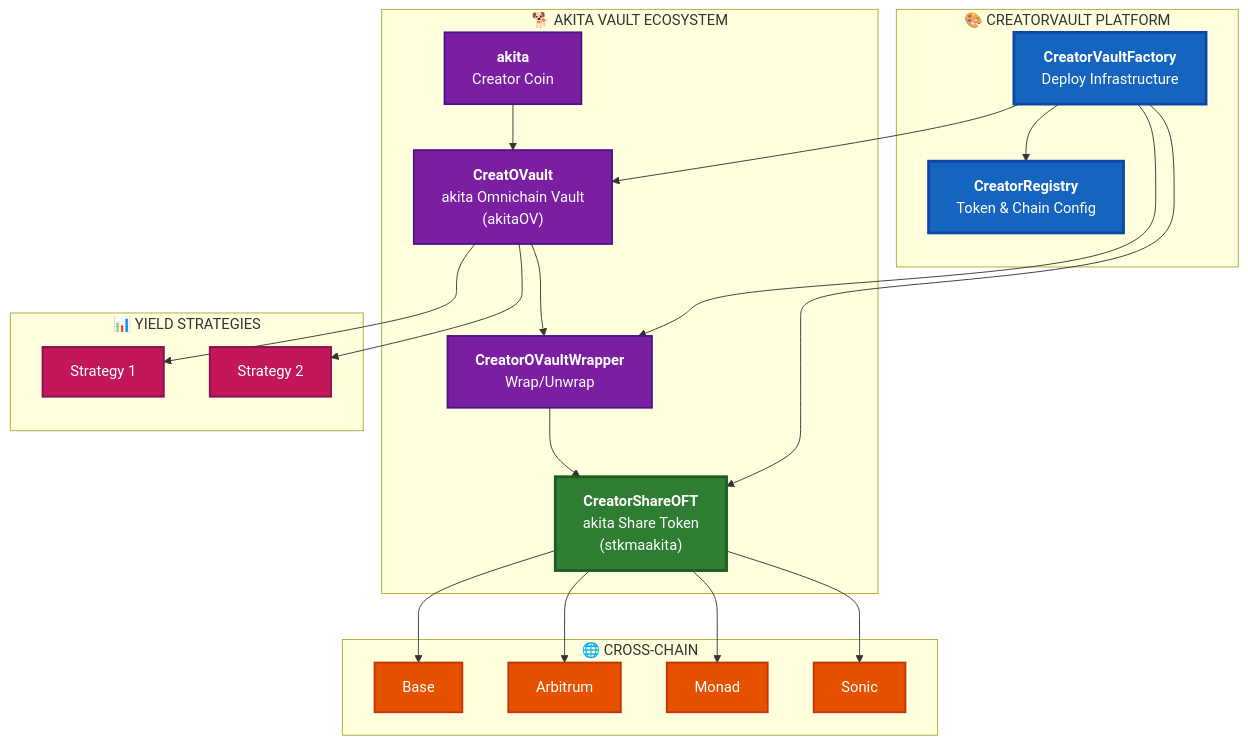
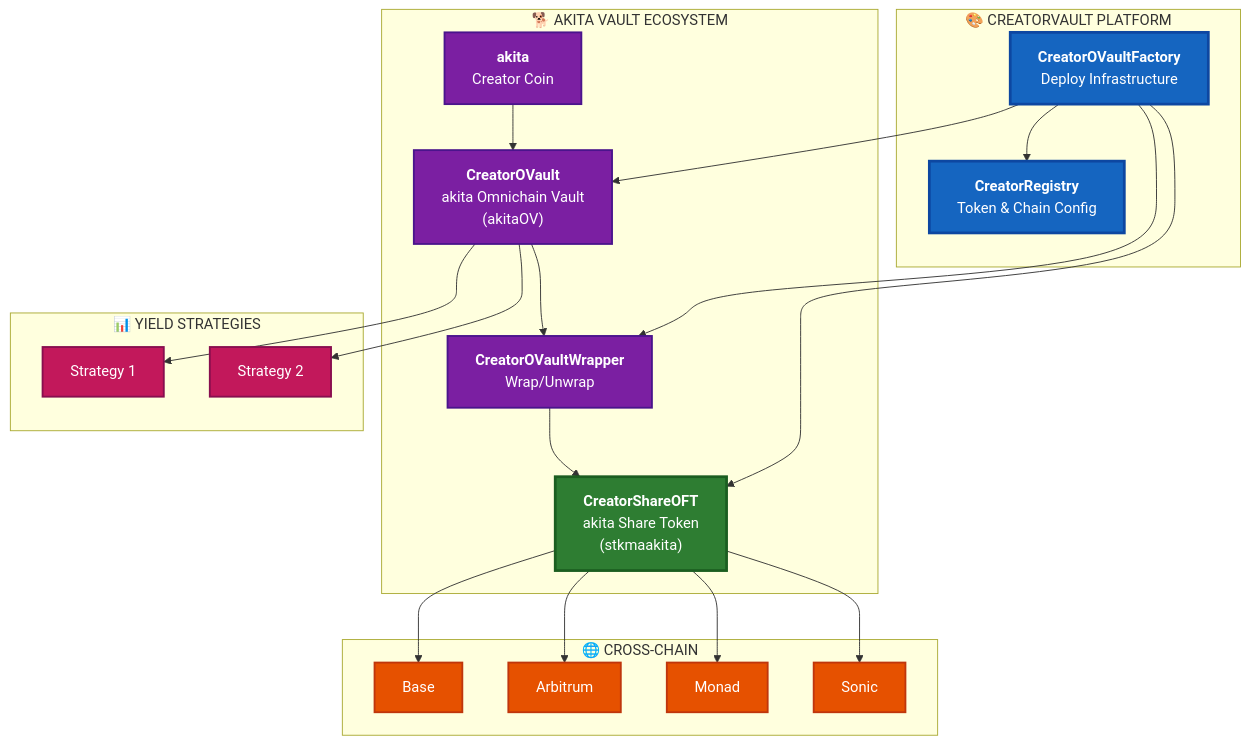
Before and after one commit to 4626fun/4626: the diagram in README.md, drawn with Mermaid. The commit also changed other lines of this file and 157 other files, not shown here.

First line of the commit message:
feat: Complete CreatorVault infrastructure with ERC-4337 support

````diff
--- a/README.md
+++ b/README.md
@@ -38,54 +37,54 @@
 ```mermaid
 graph TB
     subgraph CreatorVault["🎨 CREATORVAULT PLATFORM"]
         Registry["<b>CreatorRegistry</b><br/>Token & Chain Config"]
-        Factory["<b>CreatorVaultFactory</b><br/>Deploy Infrastructure"]
+        Factory["<b>CreatorOVaultFactory</b><br/>Deploy Infrastructure"]
     end
 
     subgraph AkitaVault["🐕 AKITA VAULT ECOSYSTEM"]
         Token["<b>akita</b><br/>Creator Coin"]
-        Vault["<b>CreatOVault</b><br/>akita Omnichain Vault<br/>(akitaOV)"]
+        Vault["<b>CreatorOVault</b><br/>akita Omnichain Vault<br/>(akitaOV)"]
         Wrapper["<b>CreatorOVaultWrapper</b><br/>Wrap/Unwrap"]
         OFT["<b>CreatorShareOFT</b><br/>akita Share Token<br/>(stkmaakita)"]
     end
 
     subgraph Strategies["📊 YIELD STRATEGIES"]
         S1["Strategy 1"]
         S2["Strategy 2"]
     end
 
     subgraph Chains["🌐 CROSS-CHAIN"]
         Base["Base"]
         Arb["Arbitrum"]
         Monad["Monad"]
         Sonic["Sonic"]
     end
 
     Factory --> Vault
     Factory --> Wrapper
     Factory --> OFT
     Factory --> Registry
 
     Token --> Vault
     Vault --> Wrapper
     Wrapper --> OFT
     Vault --> S1
     Vault --> S2
 
     OFT --> Base
     OFT --> Arb
     OFT --> Monad
     OFT --> Sonic
 
     classDef platform fill:#1565C0,stroke:#0D47A1,stroke-width:3px,color:#FFFFFF
     classDef vault fill:#7B1FA2,stroke:#4A148C,stroke-width:2px,color:#FFFFFF
     classDef oft fill:#2E7D32,stroke:#1B5E20,stroke-width:3px,color:#FFFFFF
     classDef chain fill:#E65100,stroke:#BF360C,stroke-width:2px,color:#FFFFFF
     classDef strategy fill:#C2185B,stroke:#880E4F,stroke-width:2px,color:#FFFFFF
 
     class Registry,Factory platform
     class Token,Vault,Wrapper vault
     class OFT oft
     class Base,Arb,Monad,Sonic chain
     class S1,S2 strategy
 ```
````
